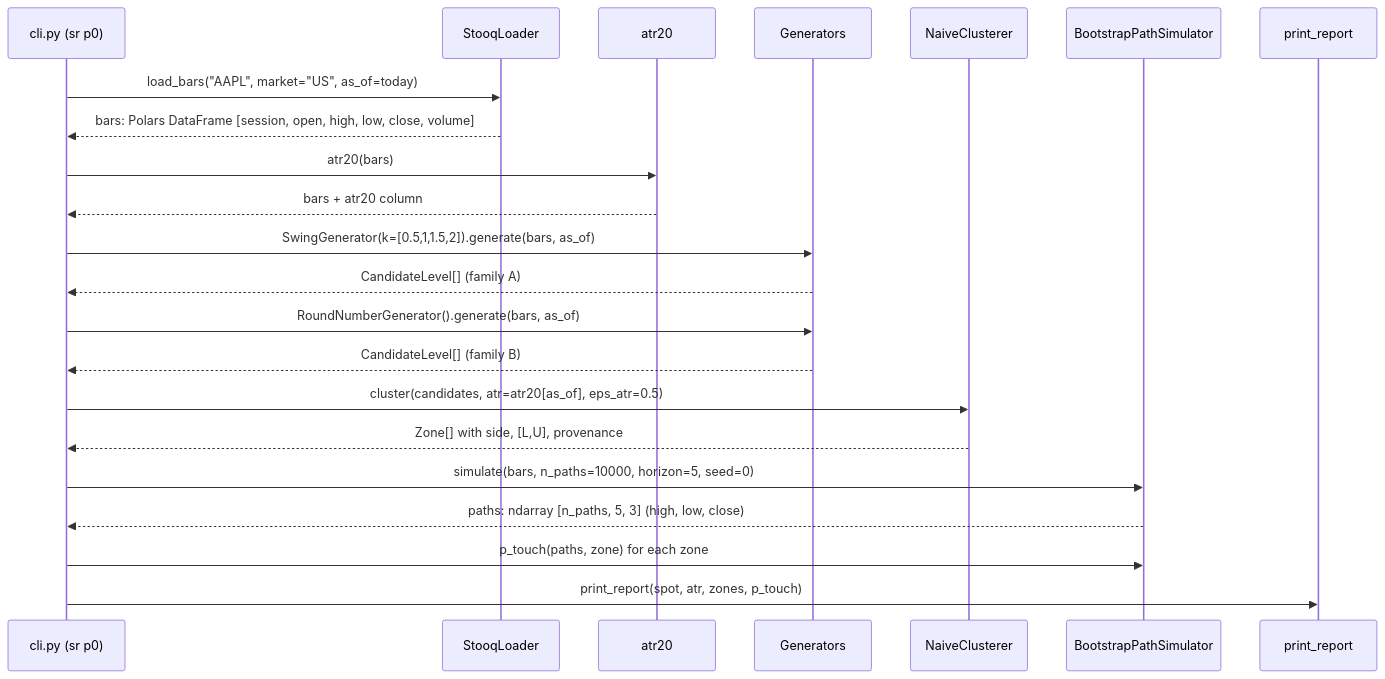
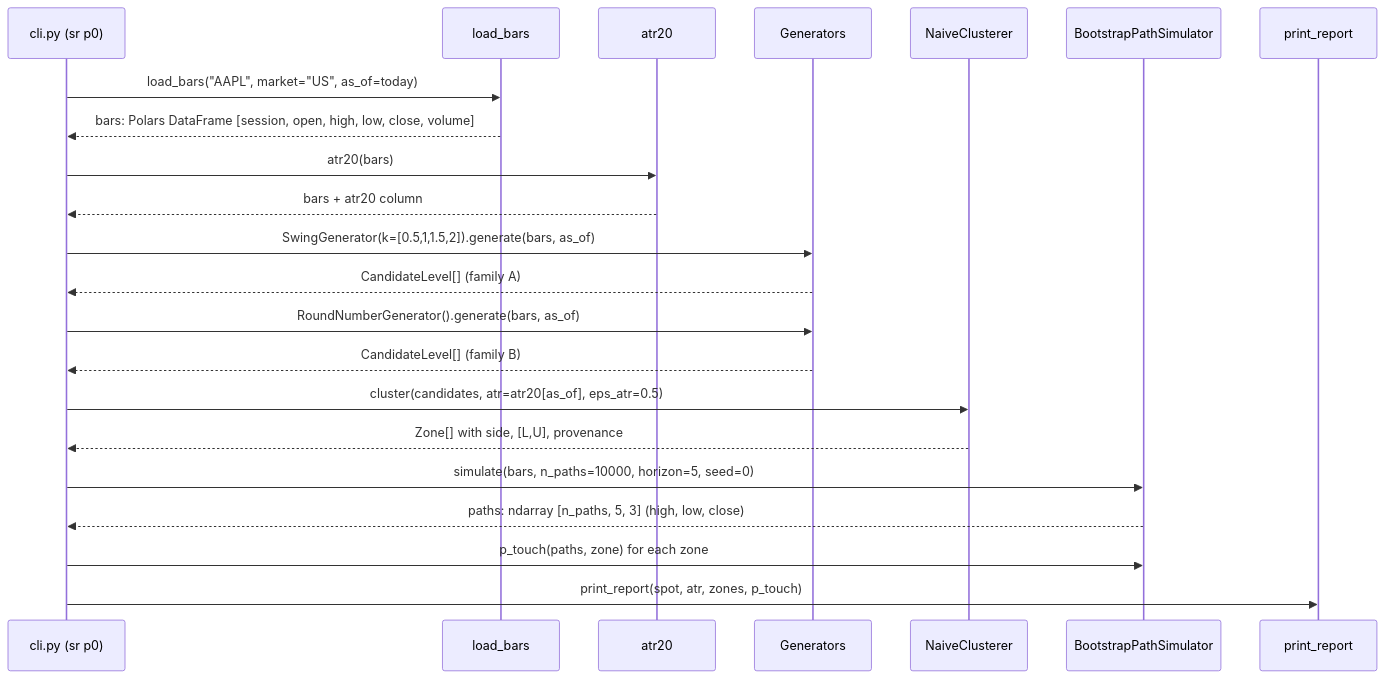
The fourth of 27 diagrams in docs/SR_Technical_Document.md (Neural-Matrix-LLC/Support-Resistance-Agent), drawn with Mermaid before and after one commit. The commit also changed other lines of this file and 50 other files, not shown here.

````diff
--- a/docs/SR_Technical_Document.md
+++ b/docs/SR_Technical_Document.md
@@ -425,24 +430,24 @@
 ```mermaid
 sequenceDiagram
     participant CLI as cli.py (sr p0)
-    participant ST as StooqLoader
+    participant ST as load_bars
     participant AT as atr20
     participant GEN as Generators
     participant CL as NaiveClusterer
     participant MC as BootstrapPathSimulator
     participant R as print_report
     CLI->>ST: load_bars("AAPL", market="US", as_of=today)
     ST-->>CLI: bars: Polars DataFrame [session, open, high, low, close, volume]
     CLI->>AT: atr20(bars)
     AT-->>CLI: bars + atr20 column
     CLI->>GEN: SwingGenerator(k=[0.5,1,1.5,2]).generate(bars, as_of)
     GEN-->>CLI: CandidateLevel[] (family A)
     CLI->>GEN: RoundNumberGenerator().generate(bars, as_of)
     GEN-->>CLI: CandidateLevel[] (family B)
     CLI->>CL: cluster(candidates, atr=atr20[as_of], eps_atr=0.5)
     CL-->>CLI: Zone[] with side, [L,U], provenance
     CLI->>MC: simulate(bars, n_paths=10000, horizon=5, seed=0)
     MC-->>CLI: paths: ndarray [n_paths, 5, 3] (high, low, close)
     CLI->>MC: p_touch(paths, zone) for each zone
     CLI->>R: print_report(spot, atr, zones, p_touch)
 ```
````
